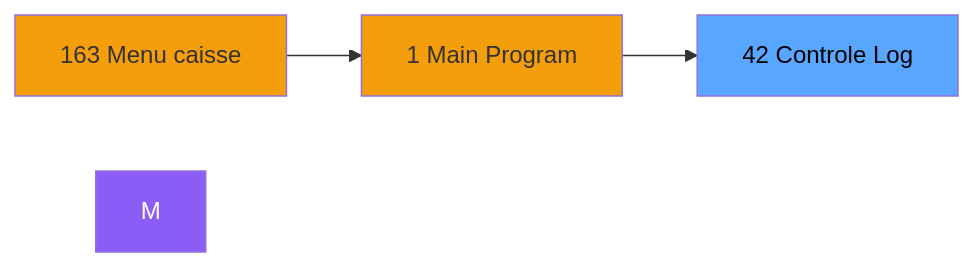
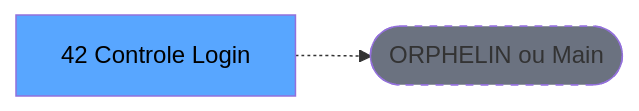
One commit to thonyAGP/lecteur-magic changed the second of 3 diagrams in .openspec/specs/ADH-IDE-42.md. Above: the diagram before and after it, drawn with Mermaid. The commit also changed other lines of this file and 701 other files, not shown here.

````diff
--- a/.openspec/specs/ADH-IDE-42.md
+++ b/.openspec/specs/ADH-IDE-42.md
@@ -111,12 +117,8 @@
 ```mermaid
 graph LR
-    N163[163 Menu caisse ]
-    N1[1 Main Program]
-    T[42 Controle Log]
-    N163 --> N1
-    N1 --> T
-    style M fill:#8b5cf6,color:#fff
-    style N163 fill:#f59e0b
-    style N1 fill:#f59e0b
+    T[42 Controle Login ]
+    ORPHAN([ORPHELIN ou Main])
+    T -.-> ORPHAN
     style T fill:#58a6ff,color:#000
+    style ORPHAN fill:#6b7280,stroke-dasharray: 5 5
 ```
````
